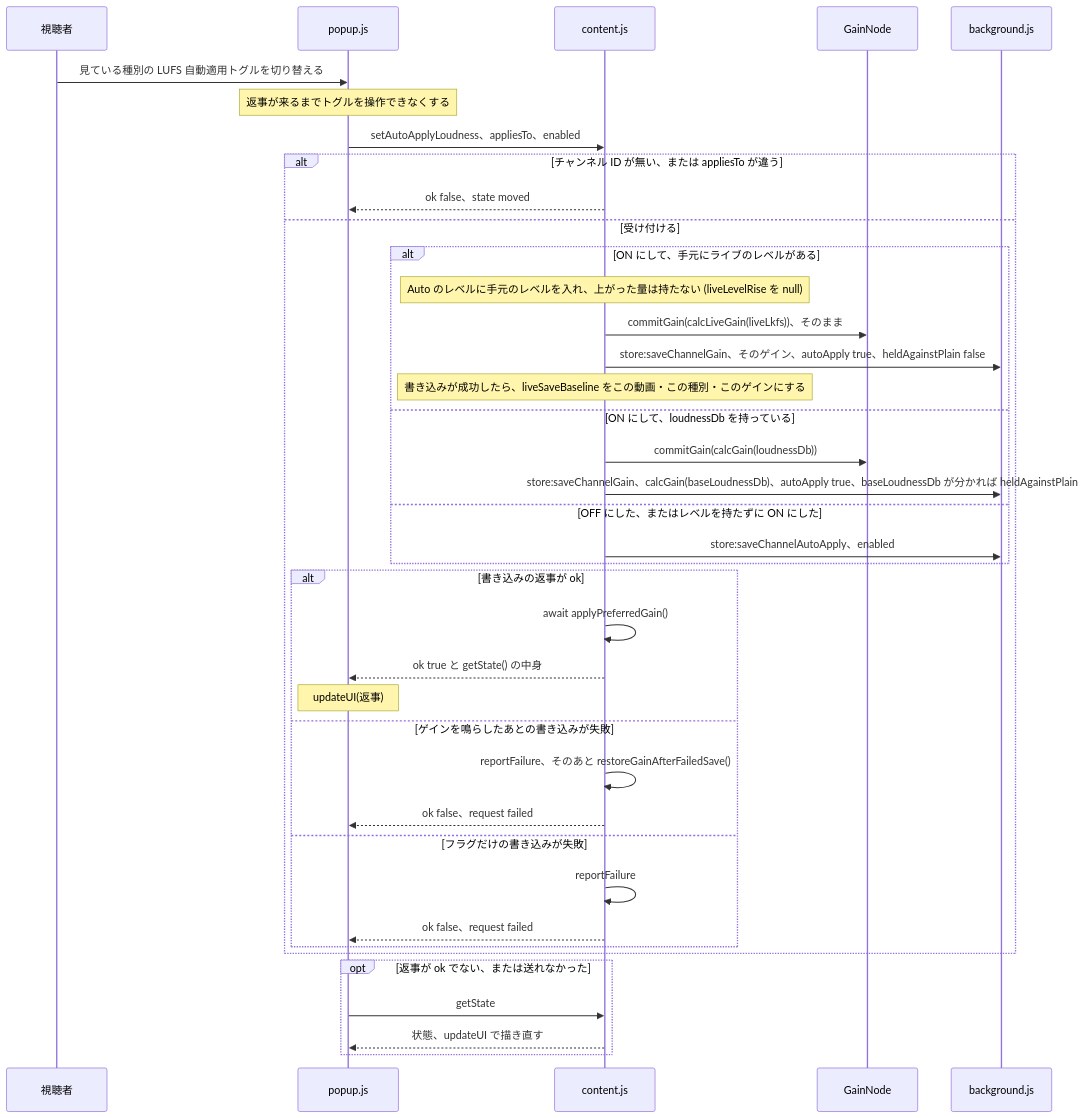
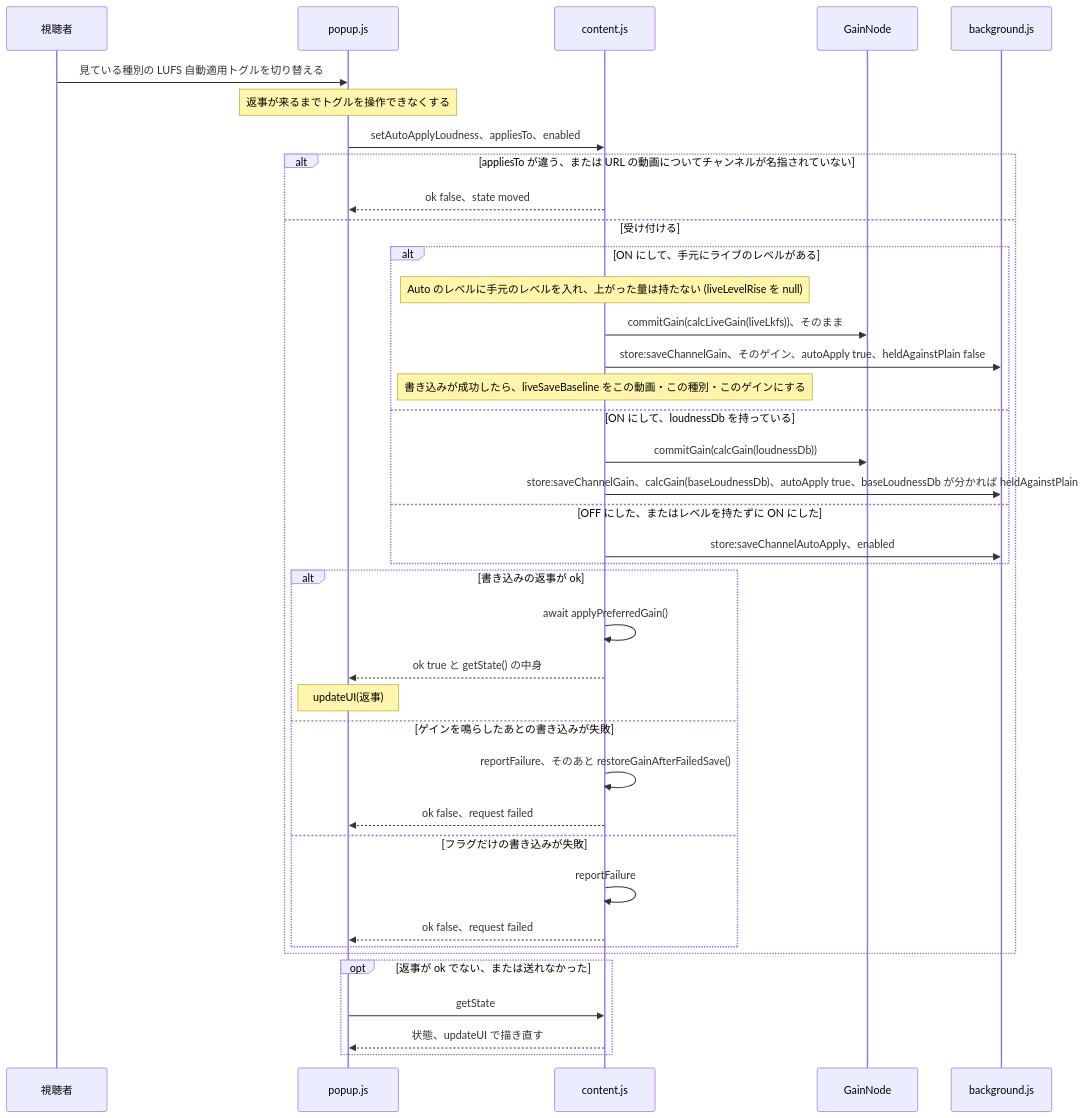
Before and after one commit to semnil/yt-channel-volume: the sixth of 14 diagrams in docs/gain-change-and-save.ja.md, drawn with Mermaid. The commit also changed other lines of this file and 5 other files, not shown here.

````diff
--- a/docs/gain-change-and-save.ja.md
+++ b/docs/gain-change-and-save.ja.md
@@ -294,41 +294,41 @@
 ```mermaid
 sequenceDiagram
   participant V as 視聴者
   participant P as popup.js
   participant C as content.js
   participant G as GainNode
   participant W as background.js
   V->>P: 見ている種別の LUFS 自動適用トグルを切り替える
   Note over P: 返事が来るまでトグルを操作できなくする
   P->>C: setAutoApplyLoudness、appliesTo、enabled
-  alt チャンネル ID が無い、または appliesTo が違う
+  alt appliesTo が違う、または URL の動画についてチャンネルが名指されていない
     C-->>P: ok false、state moved
   else 受け付ける
     alt ON にして、手元にライブのレベルがある
       Note over C: Auto のレベルに手元のレベルを入れ、上がった量は持たない (liveLevelRise を null)
       C->>G: commitGain(calcLiveGain(liveLkfs))、そのまま
       C->>W: store:saveChannelGain、そのゲイン、autoApply true、heldAgainstPlain false
       Note over C: 書き込みが成功したら、liveSaveBaseline をこの動画・この種別・このゲインにする
     else ON にして、loudnessDb を持っている
       C->>G: commitGain(calcGain(loudnessDb))
       C->>W: store:saveChannelGain、calcGain(baseLoudnessDb)、autoApply true、baseLoudnessDb が分かれば heldAgainstPlain
     else OFF にした、またはレベルを持たずに ON にした
       C->>W: store:saveChannelAutoApply、enabled
     end
     alt 書き込みの返事が ok
       C->>C: await applyPreferredGain()
       C-->>P: ok true と getState() の中身
       Note over P: updateUI(返事)
     else ゲインを鳴らしたあとの書き込みが失敗
       C->>C: reportFailure、そのあと restoreGainAfterFailedSave()
       C-->>P: ok false、request failed
     else フラグだけの書き込みが失敗
       C->>C: reportFailure
       C-->>P: ok false、request failed
     end
   end
   opt 返事が ok でない、または送れなかった
     P->>C: getState
     C-->>P: 状態、updateUI で描き直す
   end
 ```
````
